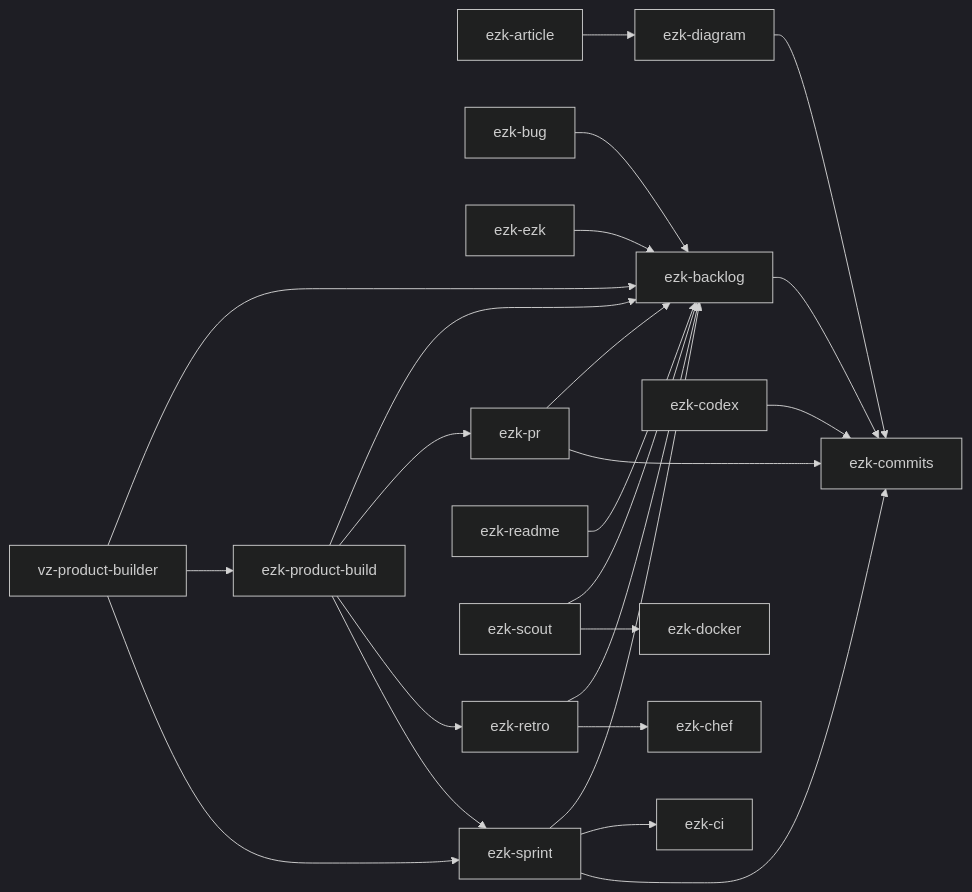
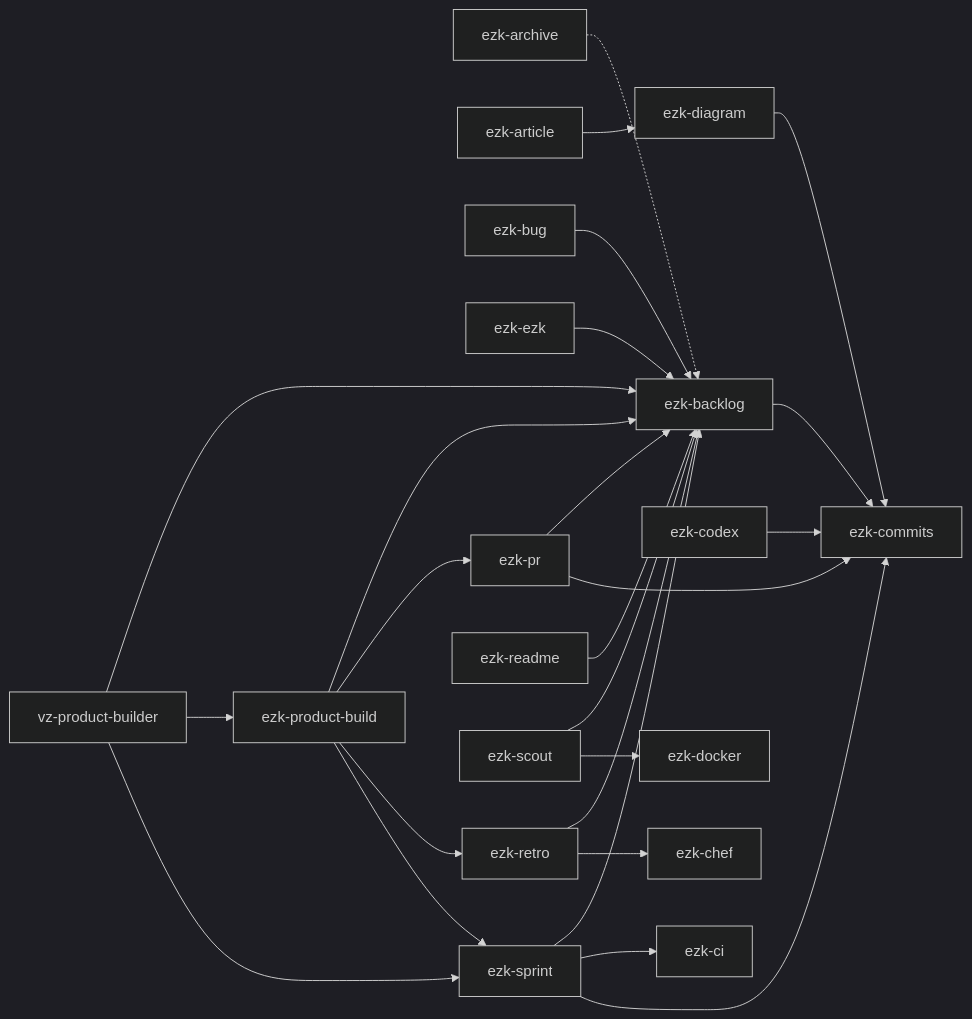
Before and after one commit to elzinko/vectorz: the diagram in products/mega-city/skills/README.md, drawn with Mermaid (dark theme). The commit also changed other lines of this file and 15 other files, not shown here.

````diff
--- a/products/mega-city/skills/README.md
+++ b/products/mega-city/skills/README.md
@@ -54,26 +57,27 @@
 ```mermaid
 flowchart LR
+    ezk-archive -.-> ezk-backlog
     ezk-article --> ezk-diagram
     ezk-backlog --> ezk-commits
     ezk-bug --> ezk-backlog
     ezk-codex --> ezk-commits
     ezk-diagram --> ezk-commits
     ezk-ezk --> ezk-backlog
     ezk-pr --> ezk-backlog
     ezk-pr --> ezk-commits
     ezk-product-build --> ezk-backlog
     ezk-product-build --> ezk-pr
     ezk-product-build --> ezk-retro
     ezk-product-build --> ezk-sprint
     ezk-readme --> ezk-backlog
     ezk-retro --> ezk-backlog
     ezk-retro --> ezk-chef
     ezk-scout --> ezk-backlog
     ezk-scout --> ezk-docker
     ezk-sprint --> ezk-backlog
     ezk-sprint --> ezk-ci
     ezk-sprint --> ezk-commits
     vz-product-builder --> ezk-backlog
     vz-product-builder --> ezk-product-build
     vz-product-builder --> ezk-sprint
 ```
````
